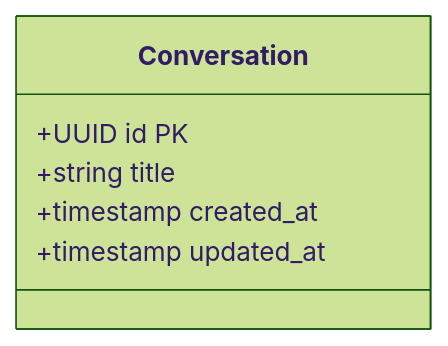
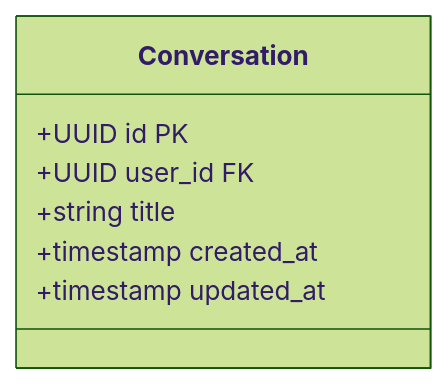
The ninth of 14 diagrams in internal/specs/datax-SPEC.md (sequenzia/datax), drawn with Mermaid (forest theme) before and after one commit. The commit also changed other lines of this file and 2 other files, not shown here.

````diff
--- a/internal/specs/datax-SPEC.md
+++ b/internal/specs/datax-SPEC.md
@@ -709,9 +782,10 @@
 ```mermaid
 classDiagram
     class Conversation {
         +UUID id PK
+        +UUID user_id FK
         +string title
         +timestamp created_at
         +timestamp updated_at
     }
 ```
````
